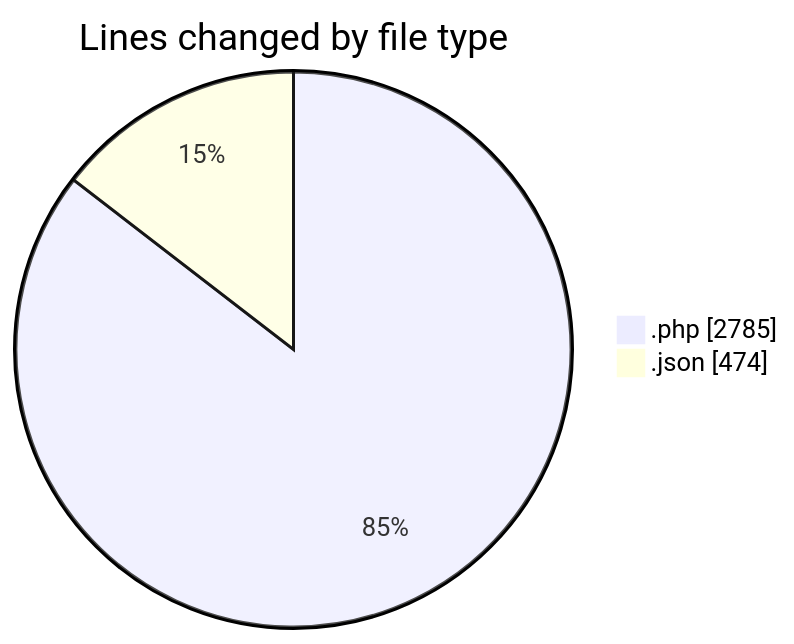
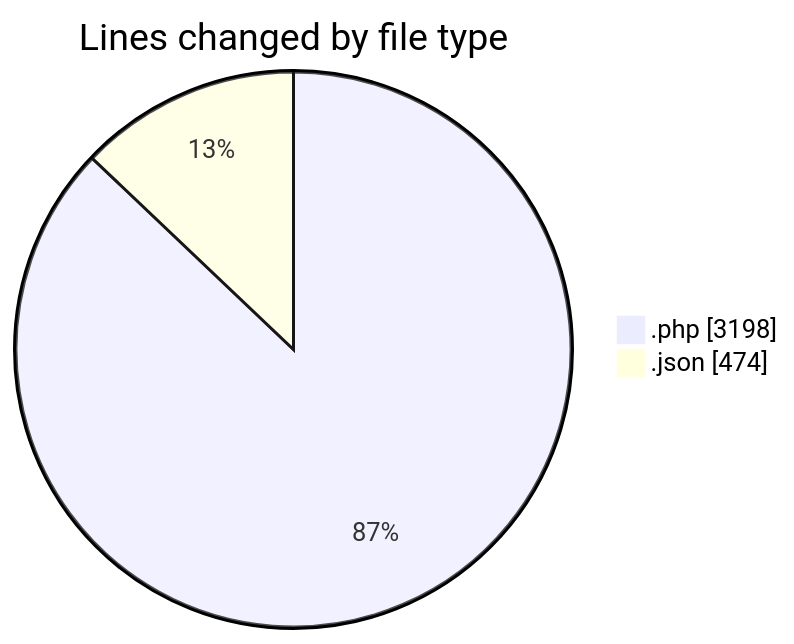
One commit to idhammustaqopulfikri/code-tracking changed the first of 2 diagrams in 2025-06-22/studio-backend/README.md. Above: the diagram before and after it, drawn with Mermaid. The commit also changed other lines of this file and 1 other file, not shown here.

````diff
--- a/2025-06-22/studio-backend/README.md
+++ b/2025-06-22/studio-backend/README.md
@@ -30,6 +30,6 @@
 ```mermaid
 pie showData
 title Lines changed by file type
-".php" : 2785
+".php" : 3198
 ".json" : 474
 ```
````
